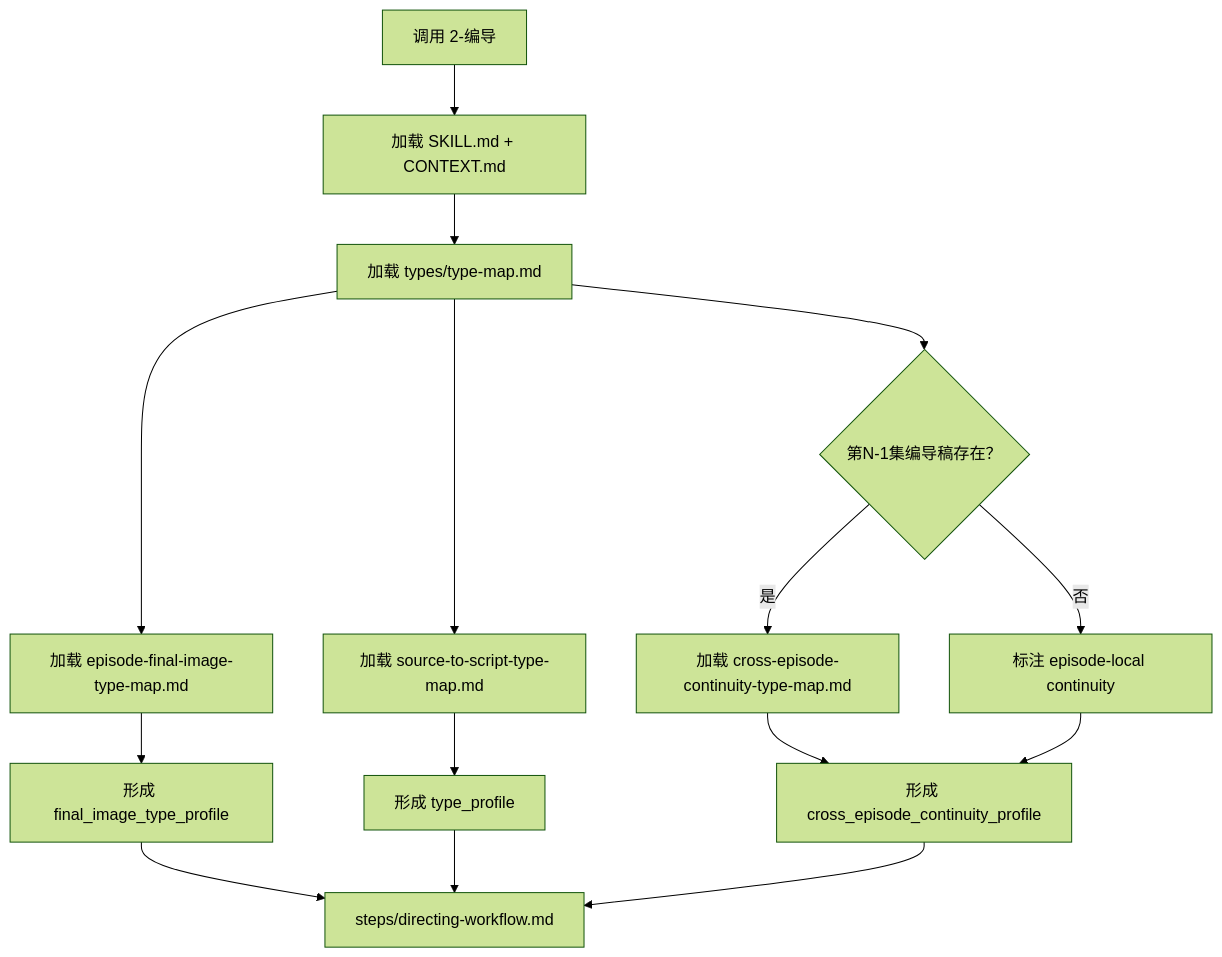
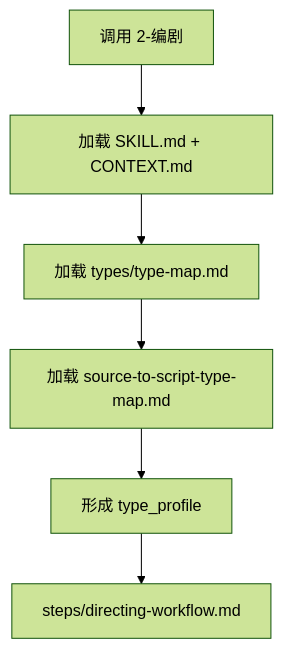
Before and after one commit to ZEN-VOID/AI-CUT: the diagram in .agents/skills/aigc/2-编剧/types/type-map.md, drawn with Mermaid (forest theme). The commit also changed other lines of this file and 88 other files, not shown here.

````diff
--- a/.agents/skills/aigc/2-编剧/types/type-map.md
+++ b/.agents/skills/aigc/2-编剧/types/type-map.md
@@ -19,17 +17,9 @@
 ```mermaid
 flowchart TD
-    A["调用 2-编导"] --> B["加载 SKILL.md + CONTEXT.md"]
+    A["调用 2-编剧"] --> B["加载 SKILL.md + CONTEXT.md"]
     B --> C["加载 types/type-map.md"]
     C --> D["加载 source-to-script-type-map.md"]
-    C --> FI["加载 episode-final-image-type-map.md"]
-    C --> CE{"第N-1集编导稿存在？"}
-    CE -->|"是"| CC["加载 cross-episode-continuity-type-map.md"]
-    CE -->|"否"| CL["标注 episode-local continuity"]
     D --> E["形成 type_profile"]
-    FI --> FE["形成 final_image_type_profile"]
-    CC --> CEP["形成 cross_episode_continuity_profile"]
-    CL --> CEP
-    FE --> F["steps/directing-workflow.md"]
     E --> F
-    CEP --> F
+    F["steps/directing-workflow.md"]
 ```
````
